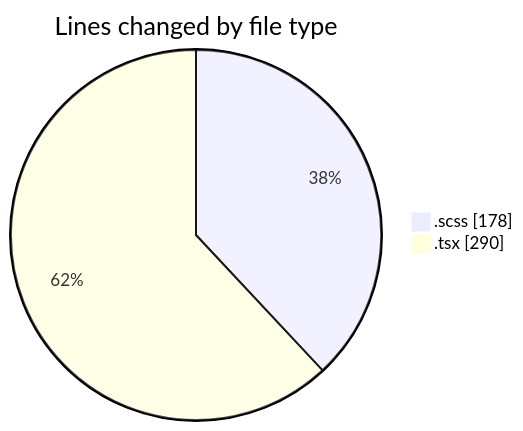
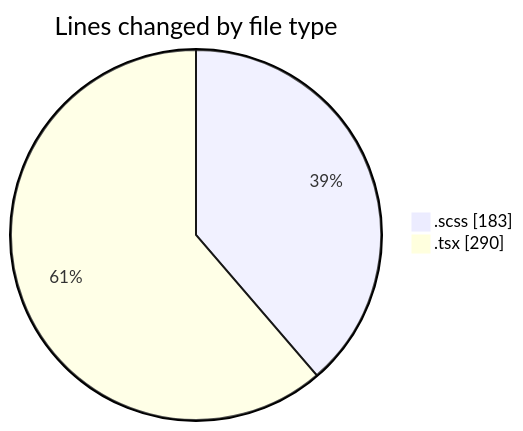
The first of 2 diagrams in 2025-03-04/cda/README.md (momahboobian/code-tracking), drawn with Mermaid before and after one commit. The commit also changed other lines of this file and 1 other file, not shown here.

````diff
--- a/2025-03-04/cda/README.md
+++ b/2025-03-04/cda/README.md
@@ -24,6 +24,6 @@
 ```mermaid
 pie showData
 title Lines changed by file type
-".scss" : 178
+".scss" : 183
 ".tsx" : 290
 ```
````
